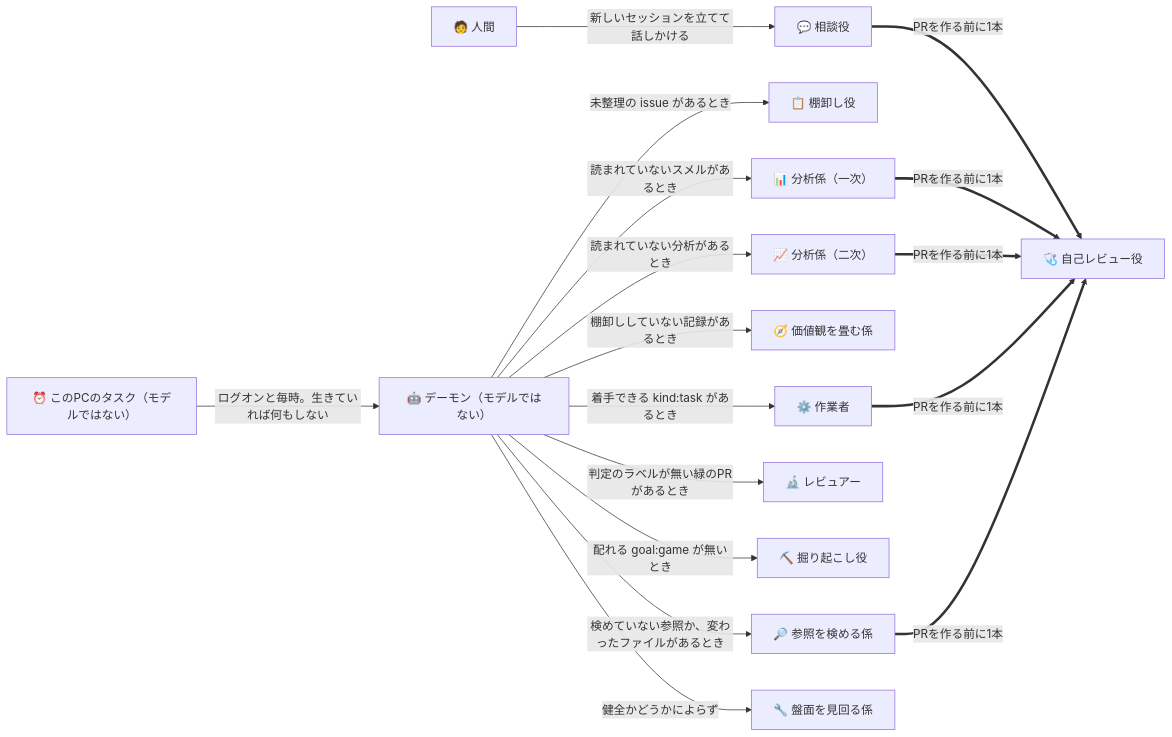
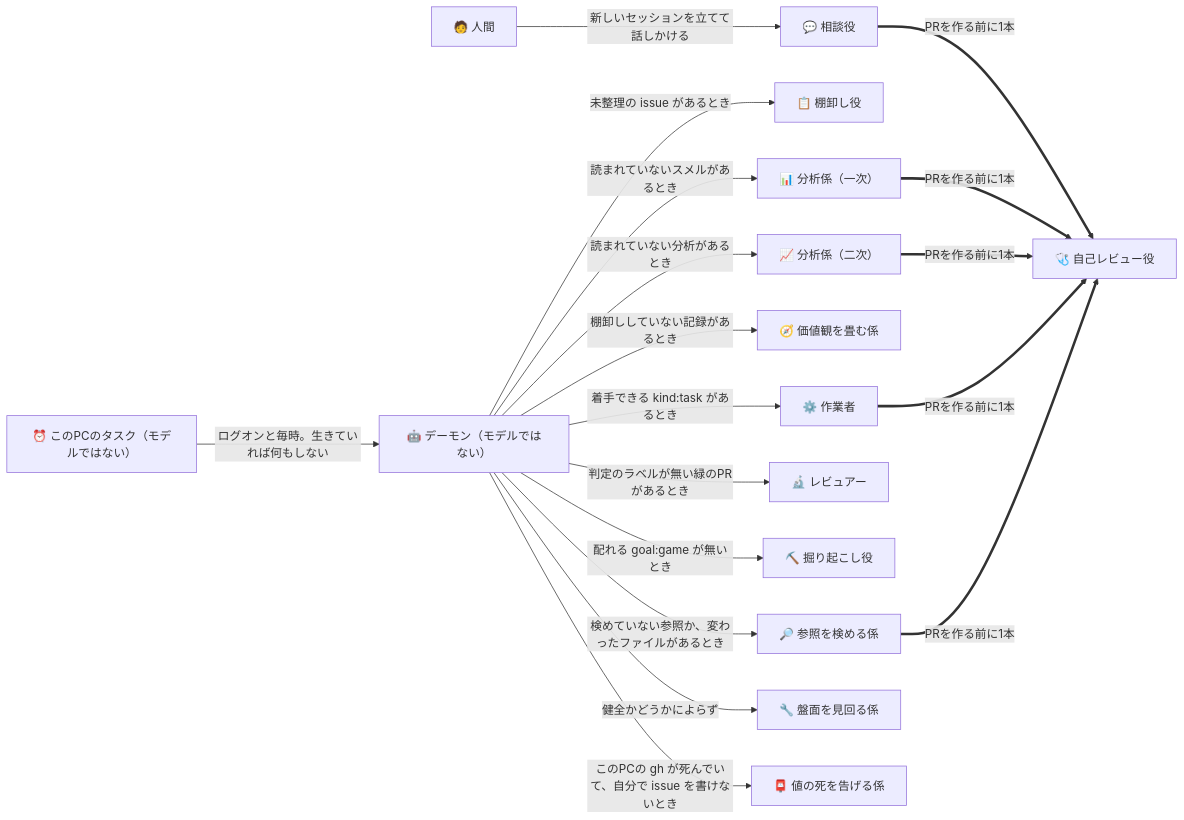
One commit to gooyyu1/UnmappedIsland changed the first of 5 diagrams in docs/ParallelAgents.md. Above: the diagram before and after it, drawn with Mermaid. The commit also changed other lines of this file and 13 other files, not shown here.

````diff
--- a/docs/ParallelAgents.md
+++ b/docs/ParallelAgents.md
@@ -29,34 +29,36 @@
 ```mermaid
 flowchart LR
     Human["🧑 人間"]
     Task["⏰ このPCのタスク（モデルではない）"]
     Daemon["🤖 デーモン（モデルではない）"]
     Adviser["💬 相談役"]
     Triage["📋 棚卸し役"]
     Analysis["📊 分析係（一次）"]
     Trend["📈 分析係（二次）"]
     Policy["🧭 価値観を畳む係"]
     Reviewer["🔬 レビュアー"]
     Worker["⚙️ 作業者"]
     SelfReview["🩺 自己レビュー役"]
     Digger["⛏️ 掘り起こし役"]
     RefAudit["🔎 参照を検める係"]
     Patrol["🔧 盤面を見回る係"]
+    Values["📮 値の死を告げる係"]
 
     Human -->|"新しいセッションを立てて話しかける"| Adviser
     Task -->|"ログオンと毎時。生きていれば何もしない"| Daemon
     Daemon -->|"未整理の issue があるとき"| Triage
     Daemon -->|"読まれていないスメルがあるとき"| Analysis
     Daemon -->|"読まれていない分析があるとき"| Trend
     Daemon -->|"棚卸ししていない記録があるとき"| Policy
     Daemon -->|"着手できる kind:task があるとき"| Worker
     Daemon -->|"判定のラベルが無い緑のPRがあるとき"| Reviewer
     Daemon -->|"配れる goal:game が無いとき"| Digger
     Daemon -->|"検めていない参照か、変わったファイルがあるとき"| RefAudit
     Daemon -->|"健全かどうかによらず"| Patrol
+    Daemon -->|"このPCの gh が死んでいて、自分で issue を書けないとき"| Values
     Worker ==>|"PRを作る前に1本"| SelfReview
     Analysis ==>|"PRを作る前に1本"| SelfReview
     Trend ==>|"PRを作る前に1本"| SelfReview
     RefAudit ==>|"PRを作る前に1本"| SelfReview
     Adviser ==>|"PRを作る前に1本"| SelfReview
 ```
````
